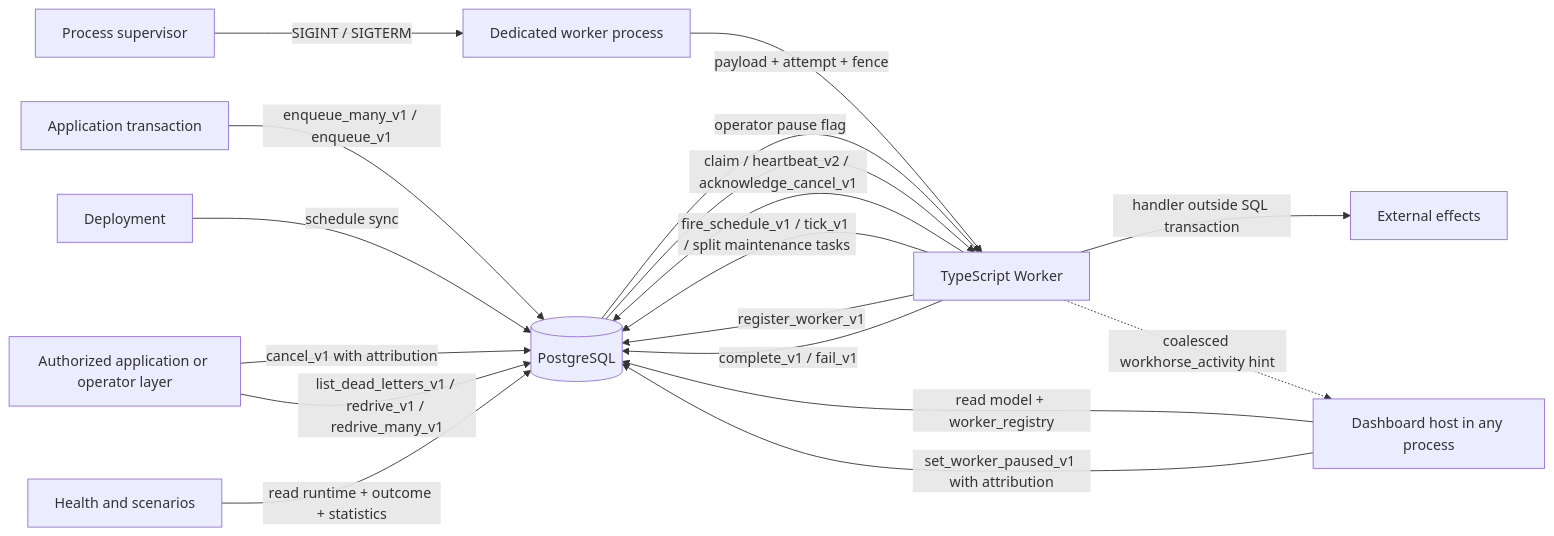
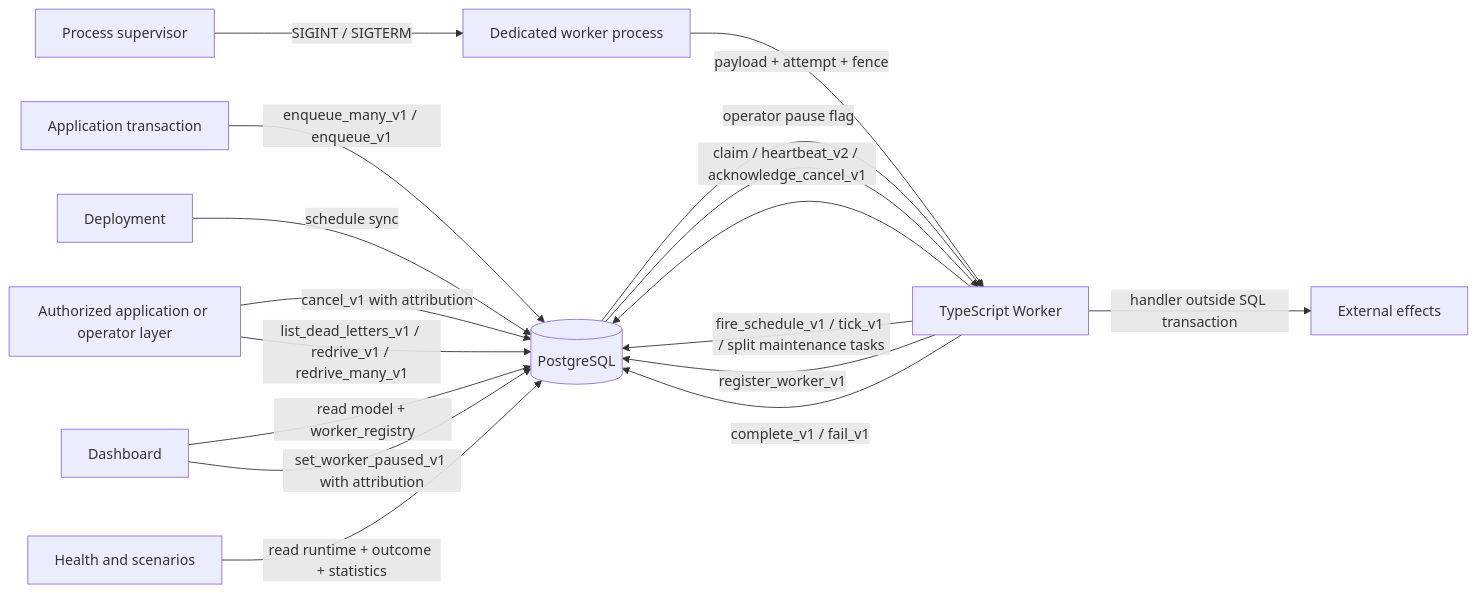
Before and after one commit to stablemates/workhorse: the first of 3 diagrams in docs/architecture.md, drawn with Mermaid. The commit also changed 39 other files, not shown here.

````diff
--- a/docs/architecture.md
+++ b/docs/architecture.md
@@ -22,20 +22,19 @@
 ```mermaid
 flowchart LR
   App[Application transaction] -->|enqueue_many_v1 / enqueue_v1| PG[(PostgreSQL)]
   Deploy[Deployment] -->|schedule sync| PG
   Supervisor[Process supervisor] -->|SIGINT / SIGTERM| WorkerProcess[Dedicated worker process]
   WorkerProcess --> Worker[TypeScript Worker]
   Worker[TypeScript Worker] -->|claim / heartbeat_v2 / acknowledge_cancel_v1| PG
   Operator[Authorized application or operator layer] -->|cancel_v1 with attribution| PG
   Operator -->|list_dead_letters_v1 / redrive_v1 / redrive_many_v1| PG
   Worker -->|fire_schedule_v1 / tick_v1 / split maintenance tasks| PG
   Worker -->|register_worker_v1| PG
   PG -->|payload + attempt + fence| Worker
   PG -->|operator pause flag| Worker
   Worker -->|handler outside SQL transaction| Effects[External effects]
   Worker -->|complete_v1 / fail_v1| PG
-  Worker -.->|coalesced workhorse_activity hint| Dashboard[Dashboard host in any process]
   Dashboard -->|read model + worker_registry| PG
   Dashboard -->|set_worker_paused_v1 with attribution| PG
   Health[Health and scenarios] -->|read runtime + outcome + statistics| PG
 ```
````
